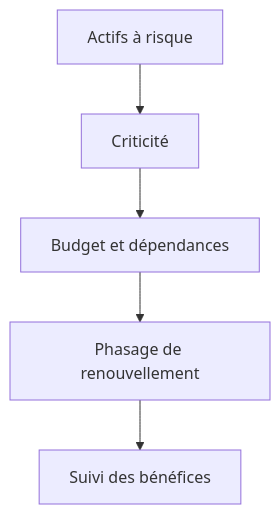
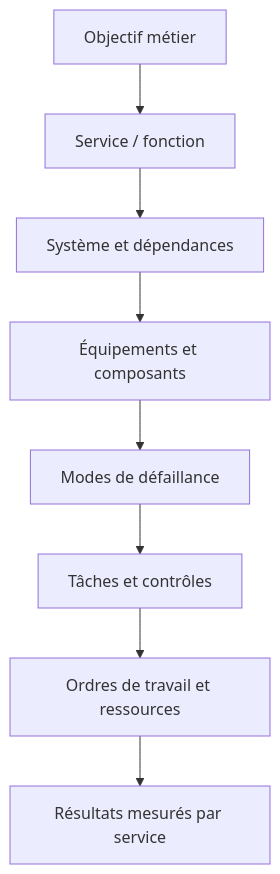
Diagram 11 of 12 in content/lessons/maint-strategie-expert.md (biggyseven/Skill-Tree), drawn with Mermaid before and after one commit. The commit also changed other lines of this file, not shown here.

```diff
--- a/content/lessons/maint-strategie-expert.md
+++ b/content/lessons/maint-strategie-expert.md
@@ -121,7 +480,10 @@
 ~~~mermaid
 flowchart TD
-  A[Actifs à risque] --> B[Criticité]
-  B --> C[Budget et dépendances]
-  C --> D[Phasage de renouvellement]
-  D --> E[Suivi des bénéfices]
+  A["Objectif métier"] --> B["Service / fonction"]
+  B --> C["Système et dépendances"]
+  C --> D["Équipements et composants"]
+  D --> E["Modes de défaillance"]
+  E --> F["Tâches et contrôles"]
+  F --> G["Ordres de travail et ressources"]
+  G --> H["Résultats mesurés par service"]
 ~~~
```
